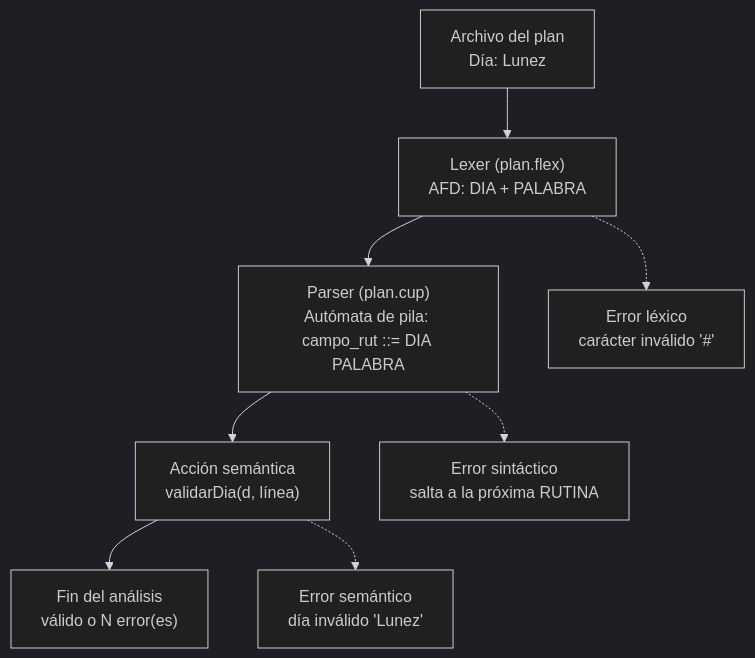
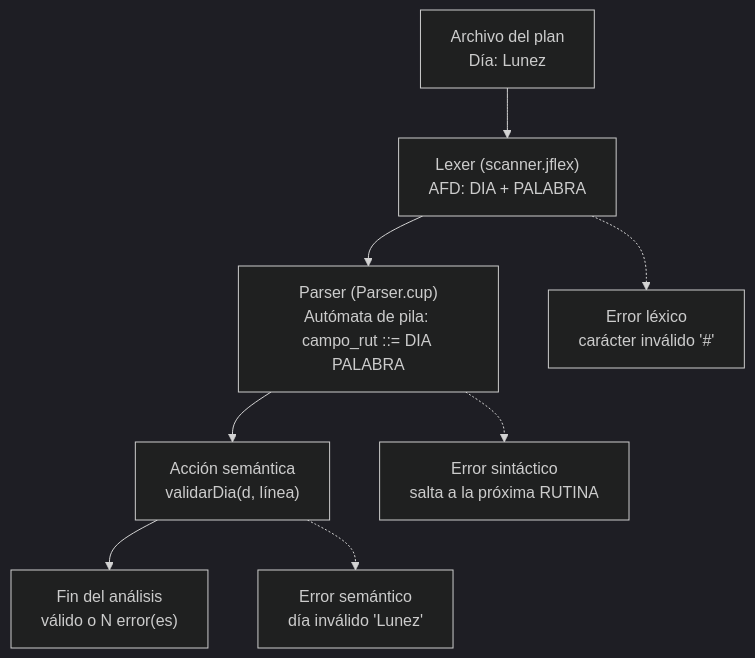
One commit to vikycota/Obligatorio-Teoria changed the diagram in README.md. Above: the diagram before and after it, drawn with Mermaid (dark theme). The commit also changed other lines of this file, not shown here.

````diff
--- a/README.md
+++ b/README.md
@@ -52,10 +54,10 @@
 ```mermaid
 flowchart TD
-    A["Archivo del plan<br/>Día: Lunez"] --> B["Lexer (plan.flex)<br/>AFD: DIA + PALABRA"]
-    B --> C["Parser (plan.cup)<br/>Autómata de pila: campo_rut ::= DIA PALABRA"]
+    A["Archivo del plan<br/>Día: Lunez"] --> B["Lexer (scanner.jflex)<br/>AFD: DIA + PALABRA"]
+    B --> C["Parser (Parser.cup)<br/>Autómata de pila: campo_rut ::= DIA PALABRA"]
     C --> D["Acción semántica<br/>validarDia(d, línea)"]
     D --> E["Fin del análisis<br/>válido o N error(es)"]
     B -.-> F["Error léxico<br/>carácter inválido '#'"]
     C -.-> G["Error sintáctico<br/>salta a la próxima RUTINA"]
     D -.-> H["Error semántico<br/>día inválido 'Lunez'"]
 ```
````
